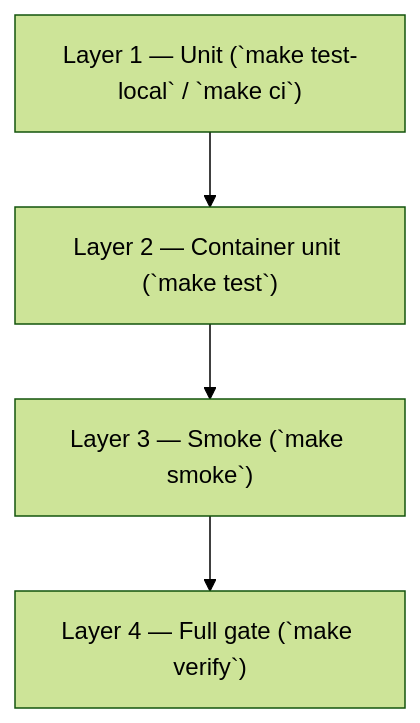
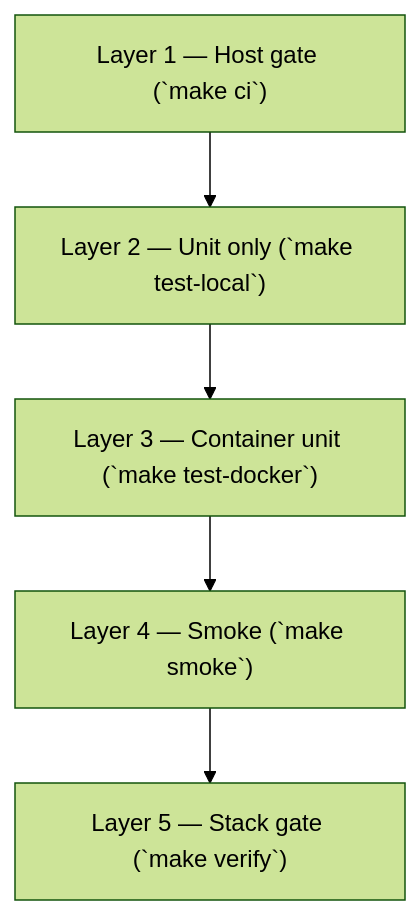
Before and after one commit to opsdevcode/relay: the diagram in docs/local-testing.md, drawn with Mermaid (forest theme). The commit also changed other lines of this file and 28 other files, not shown here.

````diff
--- a/docs/local-testing.md
+++ b/docs/local-testing.md
@@ -32,11 +33,13 @@
 ```mermaid
 flowchart TB
-  L1["Layer 1 — Unit (`make test-local` / `make ci`)"]
-  L2["Layer 2 — Container unit (`make test`)"]
-  L3["Layer 3 — Smoke (`make smoke`)"]
-  L4["Layer 4 — Full gate (`make verify`)"]
+  L1["Layer 1 — Host gate (`make ci`)"]
+  L2["Layer 2 — Unit only (`make test-local`)"]
+  L3["Layer 3 — Container unit (`make test-docker`)"]
+  L4["Layer 4 — Smoke (`make smoke`)"]
+  L5["Layer 5 — Stack gate (`make verify`)"]
 
   L1 --> L2
   L2 --> L3
   L3 --> L4
+  L4 --> L5
 ```
````
